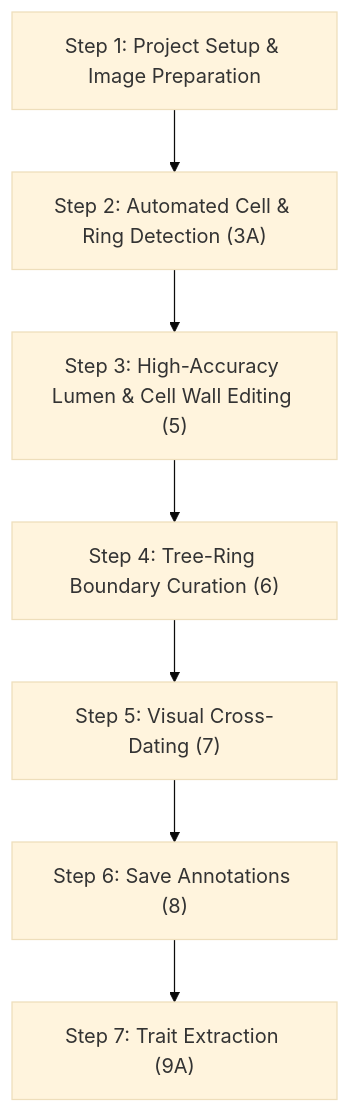
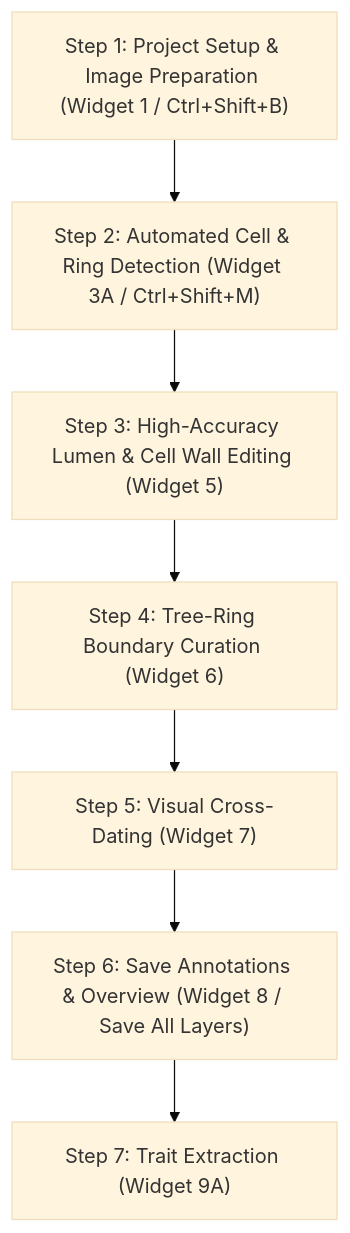
One commit to roxas-ai/napari-roxas-ai changed the second of 3 diagrams in docs/tutorials/workflows.md. Above: the diagram before and after it, drawn with Mermaid (base theme). The commit also changed other lines of this file and 17 other files, not shown here.

````diff
--- a/docs/tutorials/workflows.md
+++ b/docs/tutorials/workflows.md
@@ -58,9 +67,9 @@
 ```mermaid
 flowchart TD
-    P1["Step 1: Project Setup & Image Preparation"] --> P2["Step 2: Automated Cell & Ring Detection (3A)"]
-    P2 --> P3["Step 3: High-Accuracy Lumen & Cell Wall Editing (5)"]
-    P3 --> P4["Step 4: Tree-Ring Boundary Curation (6)"]
-    P4 --> P5["Step 5: Visual Cross-Dating (7)"]
-    P5 --> P6["Step 6: Save Annotations (8)"]
-    P6 --> P7["Step 7: Trait Extraction (9A)"]
+    P1["Step 1: Project Setup & Image Preparation (Widget 1 / Ctrl+Shift+B)"] --> P2["Step 2: Automated Cell & Ring Detection (Widget 3A / Ctrl+Shift+M)"]
+    P2 --> P3["Step 3: High-Accuracy Lumen & Cell Wall Editing (Widget 5)"]
+    P3 --> P4["Step 4: Tree-Ring Boundary Curation (Widget 6)"]
+    P4 --> P5["Step 5: Visual Cross-Dating (Widget 7)"]
+    P5 --> P6["Step 6: Save Annotations & Overview (Widget 8 / Save All Layers)"]
+    P6 --> P7["Step 7: Trait Extraction (Widget 9A)"]
 ```
````
